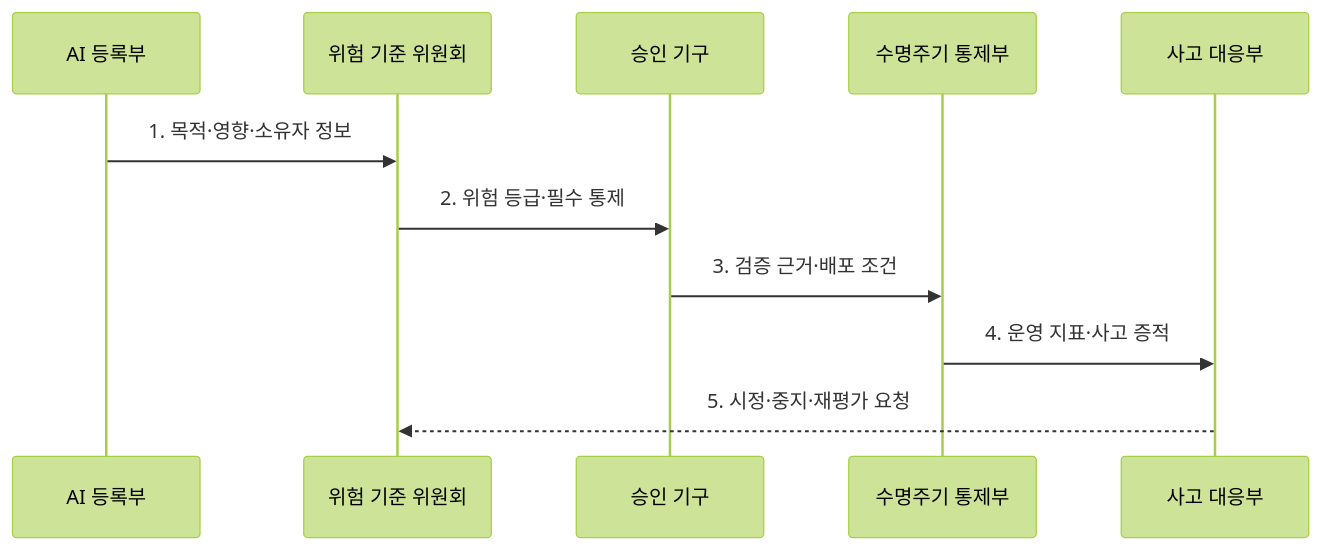
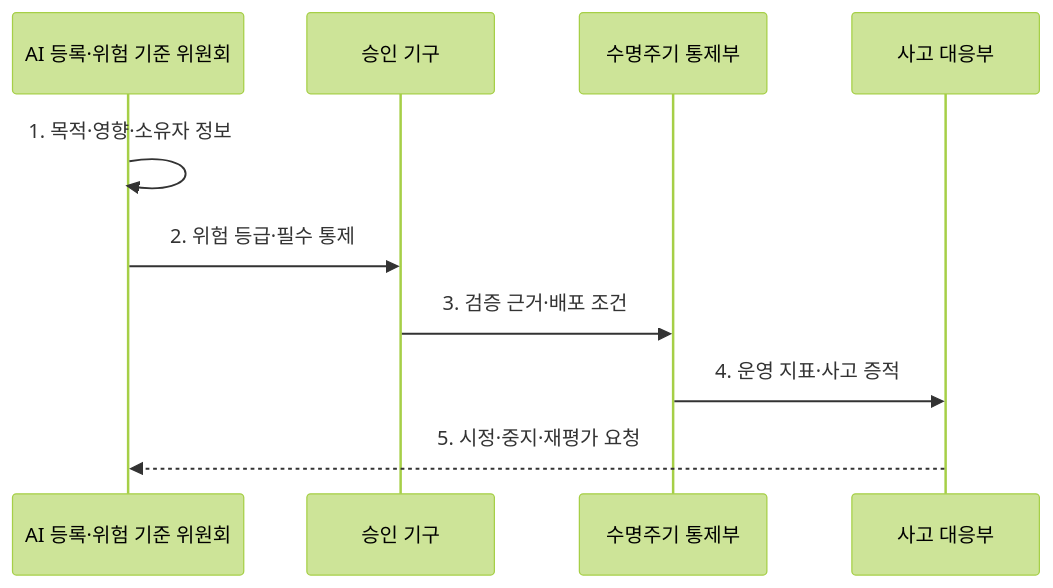
Before and after one commit to agnusdei1207/knowledge-base: the second of 2 diagrams in src/content/docs/notes/08-latest-tech/099_ai_governance.md, drawn with Mermaid (forest theme). The commit also changed 8 other files, not shown here.

Commit message:
Focus AI evaluation and reasoning flows

````diff
--- a/src/content/docs/notes/08-latest-tech/099_ai_governance.md
+++ b/src/content/docs/notes/08-latest-tech/099_ai_governance.md
@@ -102,13 +102,12 @@
 ```mermaid
 sequenceDiagram
-  participant R as AI 등록부
-  participant C as 위험 기준 위원회
+  participant C as AI 등록·위험 기준 위원회
   participant A as 승인 기구
   participant L as 수명주기 통제부
   participant I as 사고 대응부
-  R->>C: 1. 목적·영향·소유자 정보
+  C->>C: 1. 목적·영향·소유자 정보
   C->>A: 2. 위험 등급·필수 통제
   A->>L: 3. 검증 근거·배포 조건
   L->>I: 4. 운영 지표·사고 증적
   I-->>C: 5. 시정·중지·재평가 요청
 ```
````
